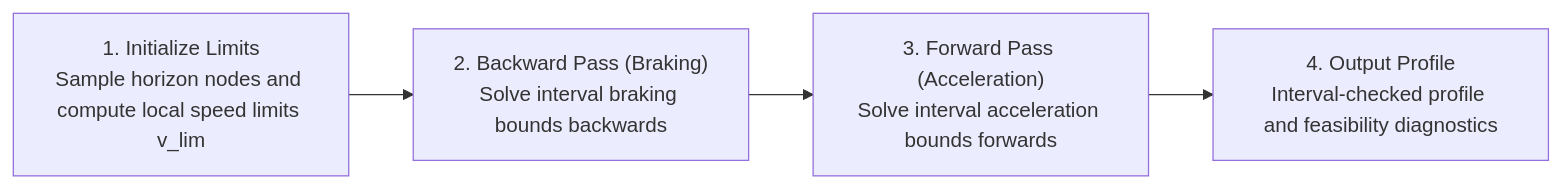
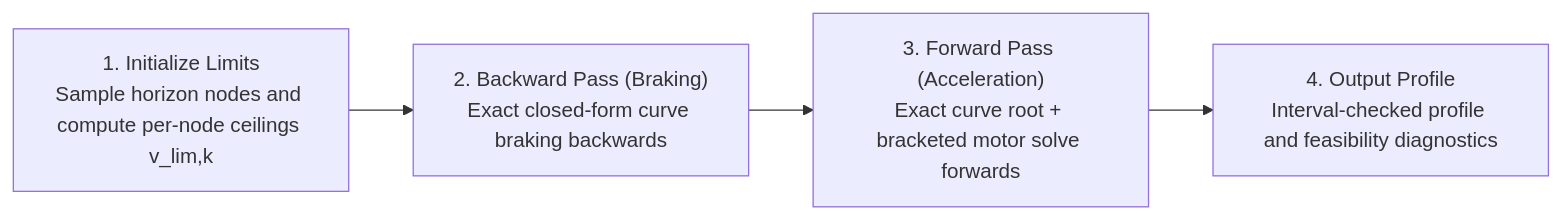
One commit to team581/offseason-2026 changed the diagram in shared/src/main/java/com/team581/trailblazer2/planning/02-velocity-profiler-and-limits.md. Above: the diagram before and after it, drawn with Mermaid. The commit also changed other lines of this file and 8 other files, not shown here.

````diff
--- a/shared/src/main/java/com/team581/trailblazer2/planning/02-velocity-profiler-and-limits.md
+++ b/shared/src/main/java/com/team581/trailblazer2/planning/02-velocity-profiler-and-limits.md
@@ -153,7 +176,7 @@
 ```mermaid
 flowchart LR
-    Init["1. Initialize Limits<br/>Sample horizon nodes and compute local speed limits v_lim"] -->
-    Back["2. Backward Pass (Braking)<br/>Solve interval braking bounds backwards"] -->
-    Fwd["3. Forward Pass (Acceleration)<br/>Solve interval acceleration bounds forwards"] -->
+    Init["1. Initialize Limits<br/>Sample horizon nodes and compute per-node ceilings v_lim,k"] -->
+    Back["2. Backward Pass (Braking)<br/>Exact closed-form curve braking backwards"] -->
+    Fwd["3. Forward Pass (Acceleration)<br/>Exact curve root + bracketed motor solve forwards"] -->
     Out["4. Output Profile<br/>Interval-checked profile and feasibility diagnostics"]
 ```
````
